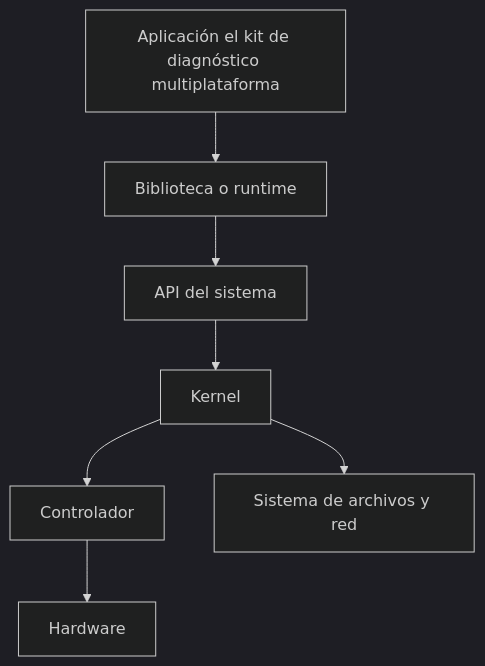
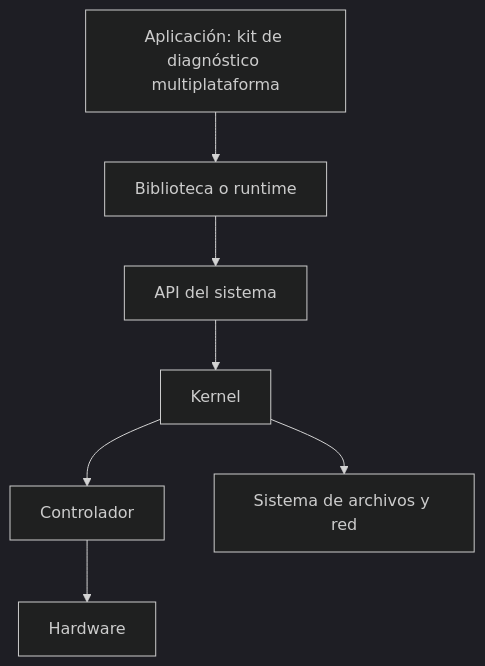
One commit to vladimiracunadev-create/modern-software-engineering-program changed the second of 2 diagrams in classes/part-02-sistemas-operativos-terminal-y-automatizacion-base/se-025-windows-linux-macos-y-sus-modelos-operativos/README.md. Above: the diagram before and after it, drawn with Mermaid (dark theme). The commit also changed other lines of this file and 158 other files, not shown here.

````diff
--- a/classes/part-02-sistemas-operativos-terminal-y-automatizacion-base/se-025-windows-linux-macos-y-sus-modelos-operativos/README.md
+++ b/classes/part-02-sistemas-operativos-terminal-y-automatizacion-base/se-025-windows-linux-macos-y-sus-modelos-operativos/README.md
@@ -81,9 +81,9 @@
 ```mermaid
 flowchart TB
-    A[Aplicación el kit de diagnóstico multiplataforma] --> B[Biblioteca o runtime]
+    A[Aplicación: kit de diagnóstico multiplataforma] --> B[Biblioteca o runtime]
     B --> C[API del sistema]
     C --> D[Kernel]
     D --> E[Controlador]
     E --> F[Hardware]
     D --> G[Sistema de archivos y red]
 ```
````
